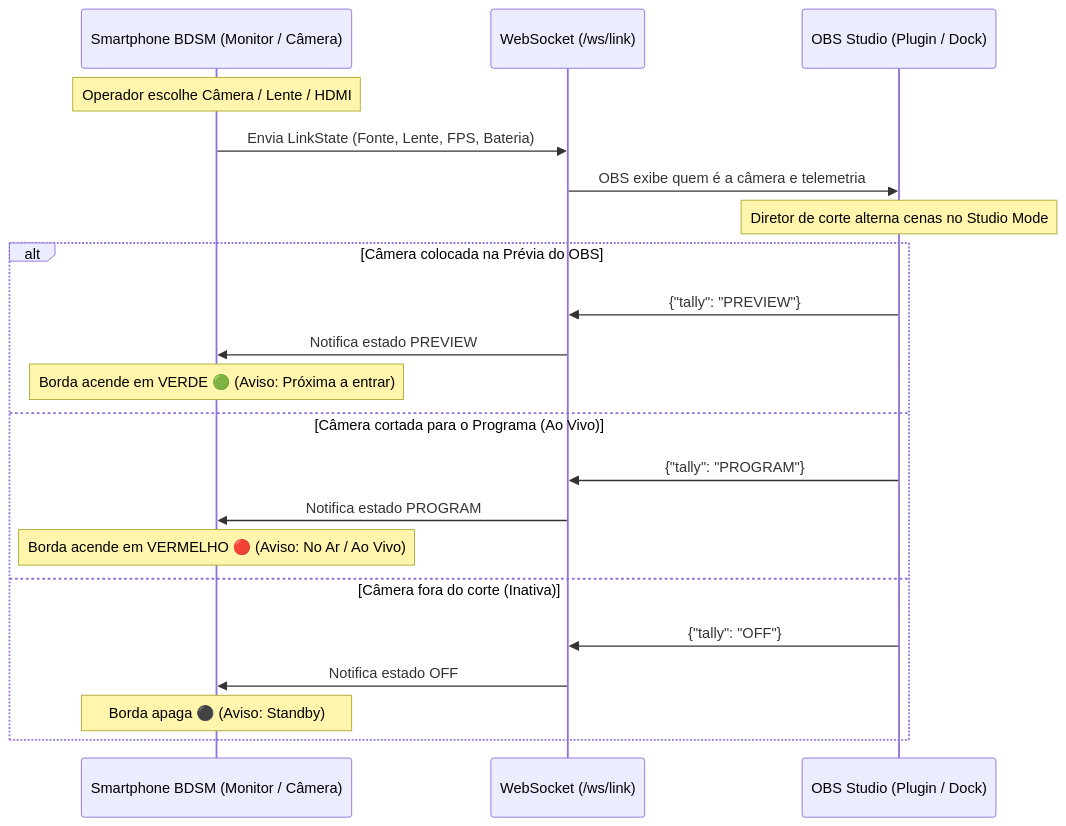
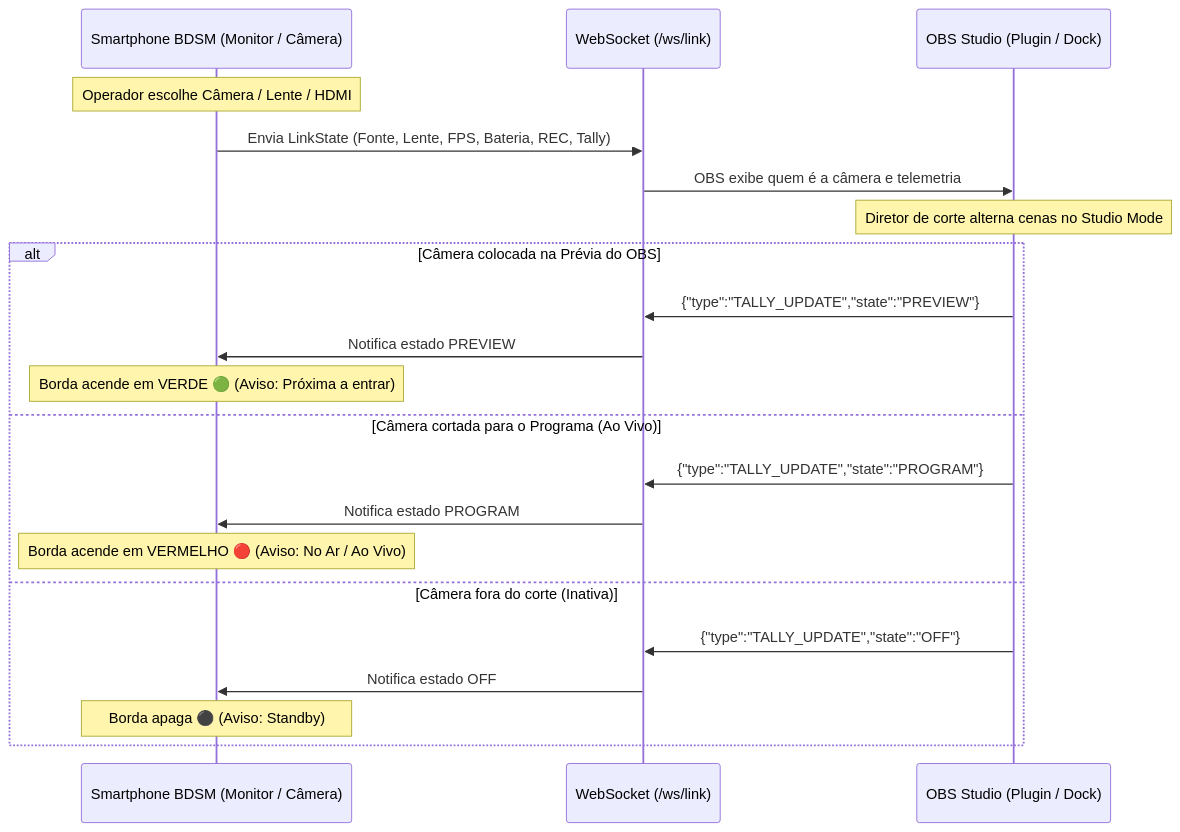
One commit to MauroBragaFilho/Braga_Digital_Studio_Mobile changed the first of 2 diagrams in .docs/BDSM_PLUGIN_OBS.md. Above: the diagram before and after it, drawn with Mermaid. The commit also changed other lines of this file and 460 other files, not shown here.

Commit message:
Add unit tests for WebSocket, LinkState, storage/DPAPI, mDNS, tally, and battery functionalities

````diff
--- a/.docs/BDSM_PLUGIN_OBS.md
+++ b/.docs/BDSM_PLUGIN_OBS.md
@@ -21,26 +23,26 @@
 ```mermaid
 sequenceDiagram
     participant BDSM as Smartphone BDSM (Monitor / Câmera)
     participant WS as WebSocket (/ws/link)
     participant OBS as OBS Studio (Plugin / Dock)
 
     Note over BDSM: Operador escolhe Câmera / Lente / HDMI
-    BDSM->>WS: Envia LinkState (Fonte, Lente, FPS, Bateria)
+    BDSM->>WS: Envia LinkState (Fonte, Lente, FPS, Bateria, REC, Tally)
     WS->>OBS: OBS exibe quem é a câmera e telemetria
 
     Note over OBS: Diretor de corte alterna cenas no Studio Mode
 
     alt Câmera colocada na Prévia do OBS
-        OBS->>WS: {"tally": "PREVIEW"}
+        OBS->>WS: {"type":"TALLY_UPDATE","state":"PREVIEW"}
         WS->>BDSM: Notifica estado PREVIEW
         Note over BDSM: Borda acende em VERDE 🟢 (Aviso: Próxima a entrar)
     else Câmera cortada para o Programa (Ao Vivo)
-        OBS->>WS: {"tally": "PROGRAM"}
+        OBS->>WS: {"type":"TALLY_UPDATE","state":"PROGRAM"}
         WS->>BDSM: Notifica estado PROGRAM
         Note over BDSM: Borda acende em VERMELHO 🔴 (Aviso: No Ar / Ao Vivo)
     else Câmera fora do corte (Inativa)
-        OBS->>WS: {"tally": "OFF"}
+        OBS->>WS: {"type":"TALLY_UPDATE","state":"OFF"}
         WS->>BDSM: Notifica estado OFF
         Note over BDSM: Borda apaga ⚫ (Aviso: Standby)
     end
 ```
````
